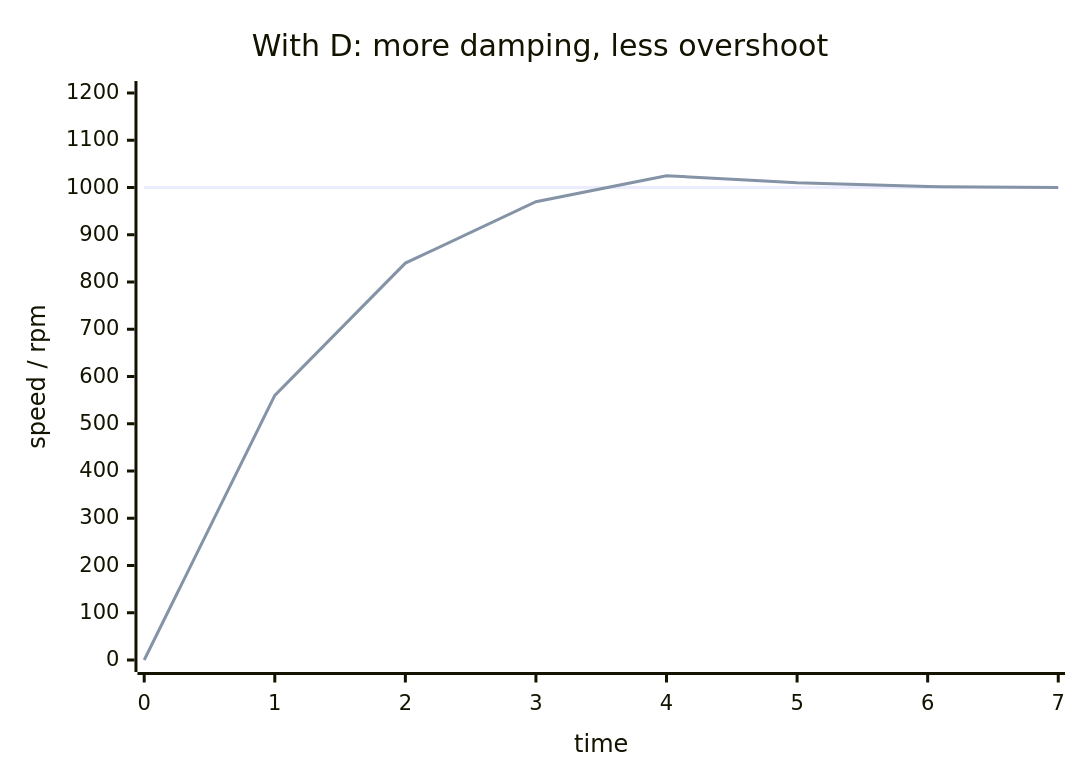
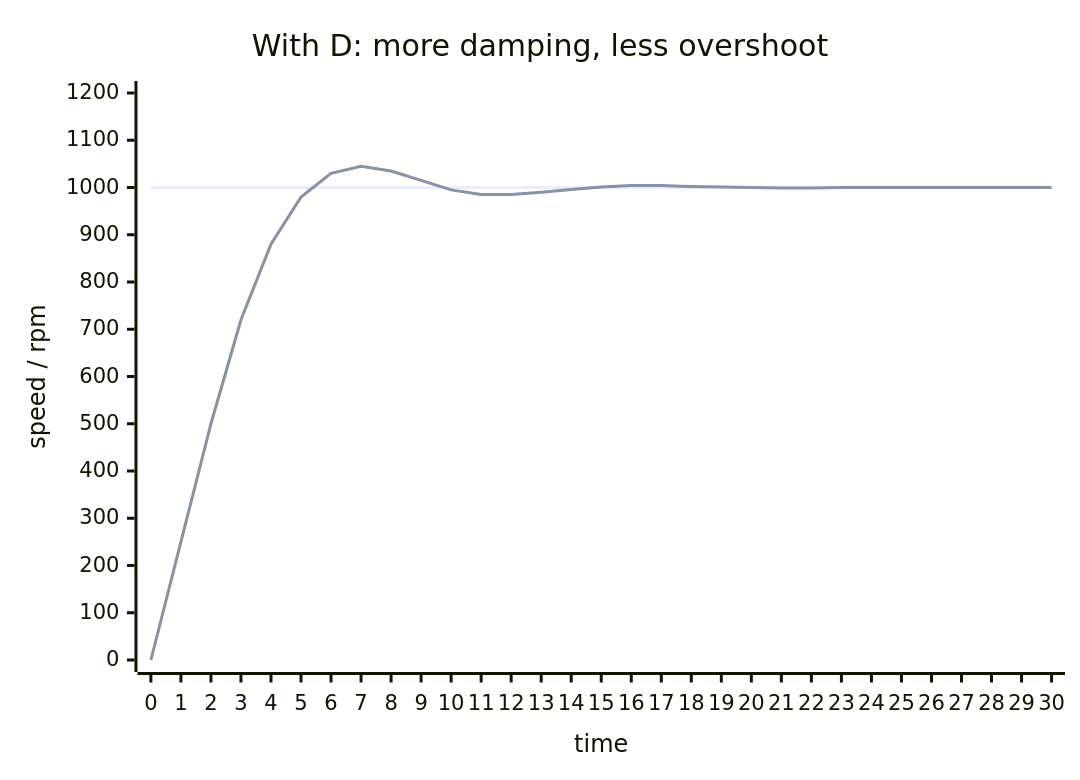
Diagram 11 of 16 in decks/kinematics-pid/slides.md (inaku-Gyan/RM-EC-Tutorial-2026-Summer), drawn with Mermaid before and after one commit. The commit also changed other lines of this file, not shown here.

Commit message:
优化 PID 相关曲线图

````diff
--- a/decks/kinematics-pid/slides.md
+++ b/decks/kinematics-pid/slides.md
@@ -749,8 +745,8 @@
 ```mermaid
 xychart-beta
   title "With D: more damping, less overshoot"
-  x-axis "time" [0, 1, 2, 3, 4, 5, 6, 7]
+  x-axis "time" [0, 1, 2, 3, 4, 5, 6, 7, 8, 9, 10, 11, 12, 13, 14, 15, 16, 17, 18, 19, 20, 21, 22, 23, 24, 25, 26, 27, 28, 29, 30]
   y-axis "speed / rpm" 0 --> 1200
-  line "target" [1000, 1000, 1000, 1000, 1000, 1000, 1000, 1000]
-  line "with D" [0, 560, 840, 970, 1025, 1010, 1002, 1000]
+  line "target" [1000, 1000, 1000, 1000, 1000, 1000, 1000, 1000, 1000, 1000, 1000, 1000, 1000, 1000, 1000, 1000, 1000, 1000, 1000, 1000, 1000, 1000, 1000, 1000, 1000, 1000, 1000, 1000, 1000, 1000, 1000]
+  line "with D" [0, 250, 500, 720, 880, 980, 1030, 1045, 1035, 1015, 995, 985, 985, 990, 996, 1001, 1004, 1004, 1002, 1001, 1000, 999, 999, 1000, 1000, 1000, 1000, 1000, 1000, 1000, 1000]
 ```
````
